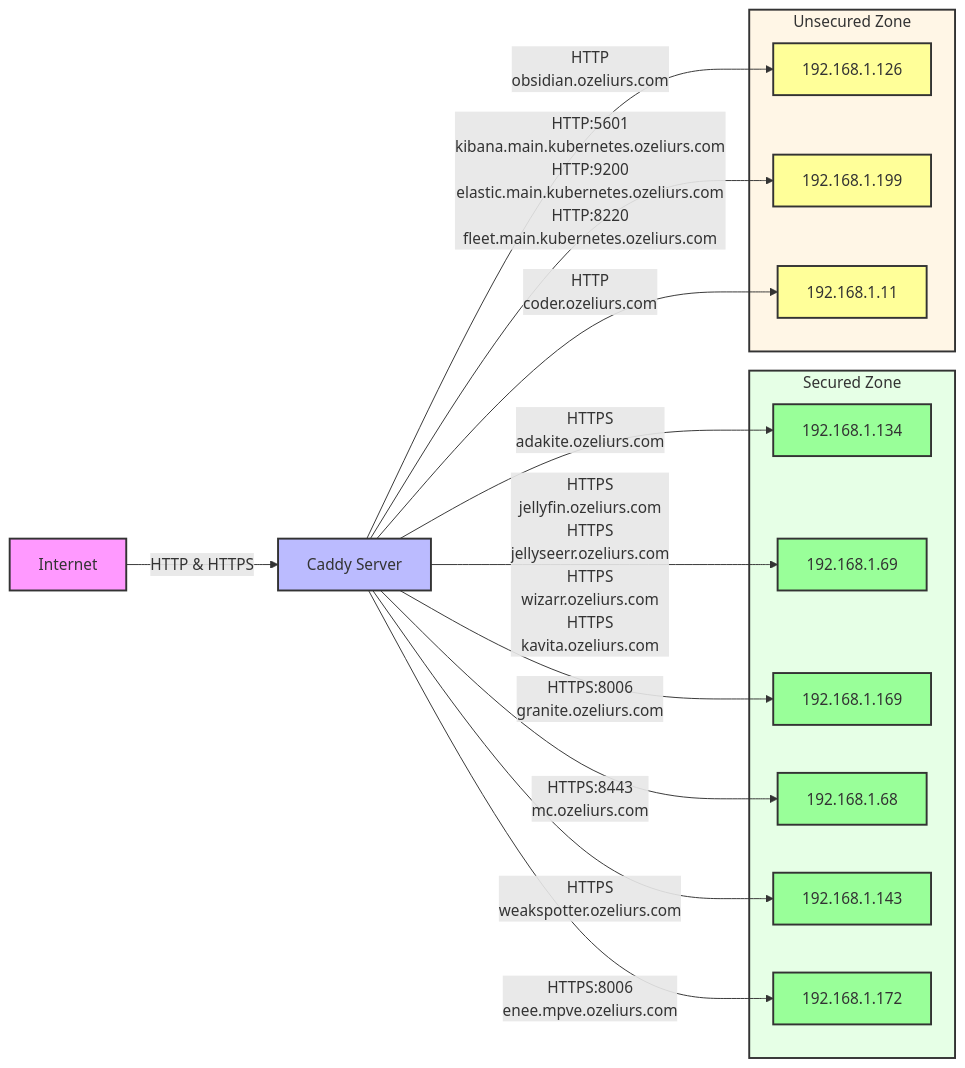
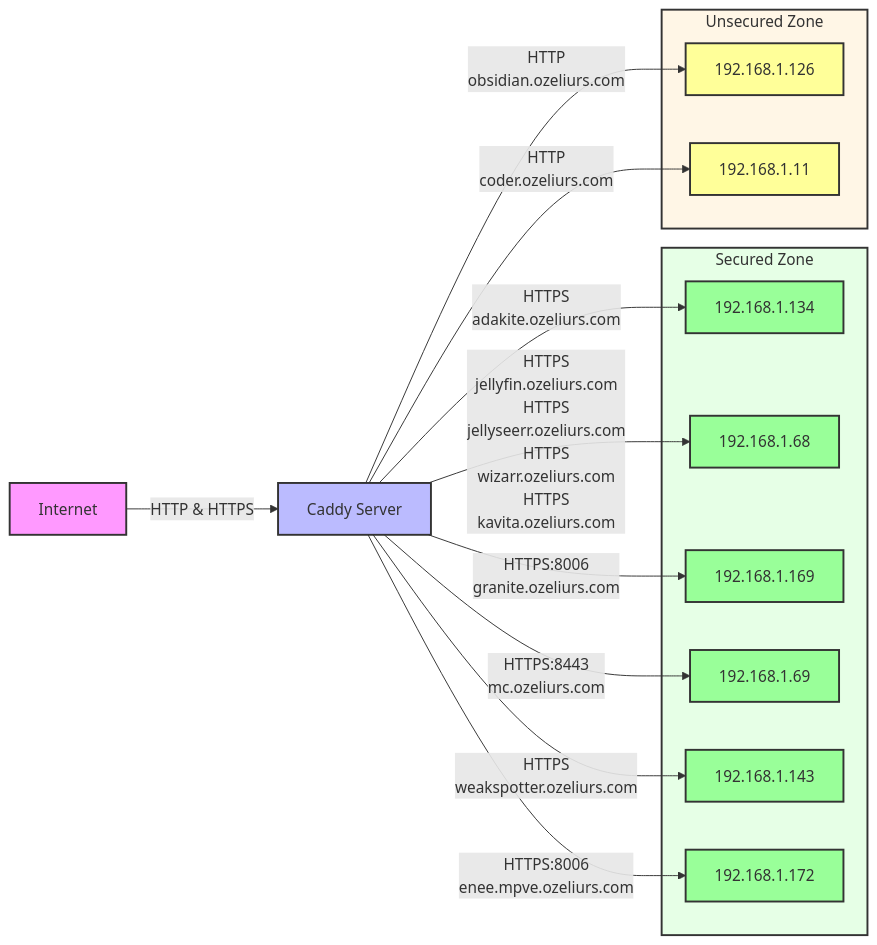
Before and after one commit to ozeliurs/dc-reverse-proxy-config: the diagram in README.md, drawn with Mermaid. The commit also changed 1 other file, not shown here.

Commit message:
Generate and update Caddyfile, Mermaid diagram, and Dockerfile

````diff
--- a/README.md
+++ b/README.md
@@ -34,57 +34,54 @@
 ```mermaid
 graph LR
     %% Style definitions
     classDef internet fill:#f9f,stroke:#333,stroke-width:2px;
     classDef proxy fill:#bbf,stroke:#333,stroke-width:2px;
     classDef backend fill:#bfb,stroke:#333,stroke-width:2px;
     classDef secure fill:#9f9,stroke:#333,stroke-width:2px;
     classDef unsecure fill:#ff9,stroke:#333,stroke-width:2px;
 
     %% Nodes
     I[Internet]
     C[Caddy Server]
 
     %% Apply styles
     class I internet
     class C proxy
 
     %% Base connections
     I -->|HTTP & HTTPS| C
 
     %% Backend groups
     subgraph Secured[Secured Zone]
         style Secured fill:#e6ffe6,stroke:#333,stroke-width:2px
         S0[192.168.1.134]
         class S0 secure
-        S1[192.168.1.69]
+        S1[192.168.1.68]
         class S1 secure
         S2[192.168.1.169]
         class S2 secure
-        S3[192.168.1.68]
+        S3[192.168.1.69]
         class S3 secure
         S4[192.168.1.143]
         class S4 secure
         S5[192.168.1.172]
         class S5 secure
     end
 
     subgraph Unsecured[Unsecured Zone]
         style Unsecured fill:#fff6e6,stroke:#333,stroke-width:2px
         U0[192.168.1.126]
         class U0 unsecure
-        U1[192.168.1.199]
+        U1[192.168.1.11]
         class U1 unsecure
-        U2[192.168.1.11]
-        class U2 unsecure
     end
 
     C -->|HTTPS<br>adakite.ozeliurs.com| S0
     C -->|HTTPS<br>jellyfin.ozeliurs.com<br>HTTPS<br>jellyseerr.ozeliurs.com<br>HTTPS<br>wizarr.ozeliurs.com<br>HTTPS<br>kavita.ozeliurs.com| S1
     C -->|HTTPS:8006<br>granite.ozeliurs.com| S2
     C -->|HTTPS:8443<br>mc.ozeliurs.com| S3
     C -->|HTTP<br>obsidian.ozeliurs.com| U0
     C -->|HTTPS<br>weakspotter.ozeliurs.com| S4
-    C -->|HTTP:5601<br>kibana.main.kubernetes.ozeliurs.com<br>HTTP:9200<br>elastic.main.kubernetes.ozeliurs.com<br>HTTP:8220<br>fleet.main.kubernetes.ozeliurs.com| U1
     C -->|HTTPS:8006<br>enee.mpve.ozeliurs.com| S5
-    C -->|HTTP<br>coder.ozeliurs.com| U2
+    C -->|HTTP<br>coder.ozeliurs.com| U1
 ```
````
